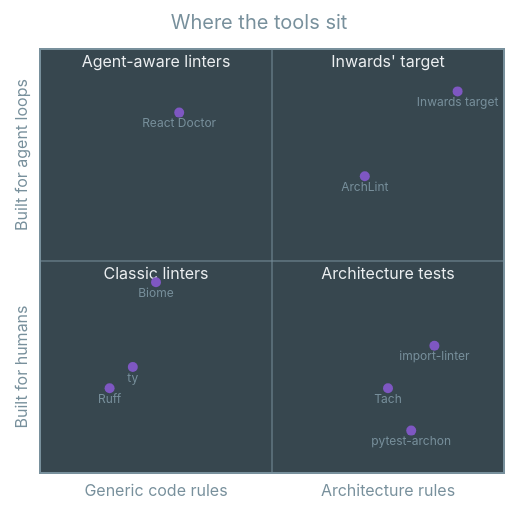
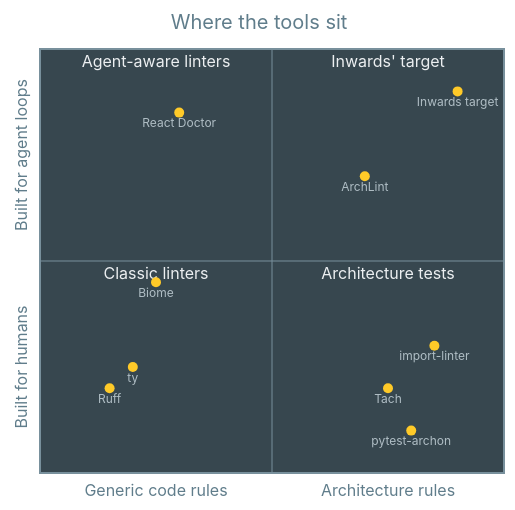
The first of 2 diagrams in docs/chapters/02-Business-Context.md (SirCypkowskyy/inwards), drawn with Mermaid before and after one commit. The commit also changed 4 other files, not shown here.

````diff
--- a/docs/chapters/02-Business-Context.md
+++ b/docs/chapters/02-Business-Context.md
@@ -96,39 +96,39 @@
 ```mermaid
 ---
 config:
   theme: base
   themeVariables:
     quadrant1Fill: "#37474f"
     quadrant2Fill: "#37474f"
     quadrant3Fill: "#37474f"
     quadrant4Fill: "#37474f"
     quadrant1TextFill: "#eceff1"
     quadrant2TextFill: "#eceff1"
     quadrant3TextFill: "#eceff1"
     quadrant4TextFill: "#eceff1"
-    quadrantPointFill: "#7e57c2"
-    quadrantPointTextFill: "#78909c"
-    quadrantXAxisTextFill: "#78909c"
-    quadrantYAxisTextFill: "#78909c"
+    quadrantPointFill: "#ffca28"
+    quadrantPointTextFill: "#b0bec5"
+    quadrantXAxisTextFill: "#607d8b"
+    quadrantYAxisTextFill: "#607d8b"
     quadrantInternalBorderStrokeFill: "#78909c"
     quadrantExternalBorderStrokeFill: "#78909c"
-    quadrantTitleFill: "#78909c"
+    quadrantTitleFill: "#607d8b"
 ---
 quadrantChart
     title Where the tools sit
     x-axis "Generic code rules" --> "Architecture rules"
     y-axis "Built for humans" --> "Built for agent loops"
     quadrant-1 "Inwards' target"
     quadrant-2 "Agent-aware linters"
     quadrant-3 "Classic linters"
     quadrant-4 "Architecture tests"
     Ruff: [0.15, 0.2]
     ty: [0.2, 0.25]
     Biome: [0.25, 0.45]
     React Doctor: [0.3, 0.85]
     ArchLint: [0.7, 0.7]
     import-linter: [0.85, 0.3]
     pytest-archon: [0.8, 0.1]
     Tach: [0.75, 0.2]
     Inwards target: [0.9, 0.9]
 ```
````
